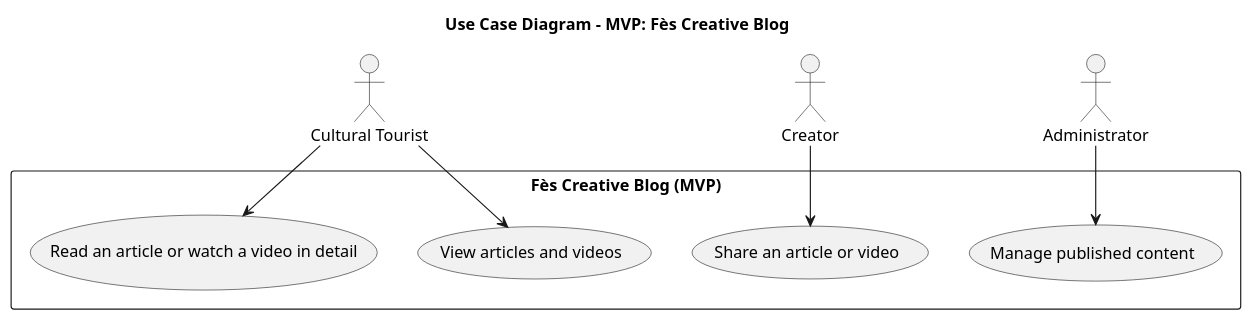
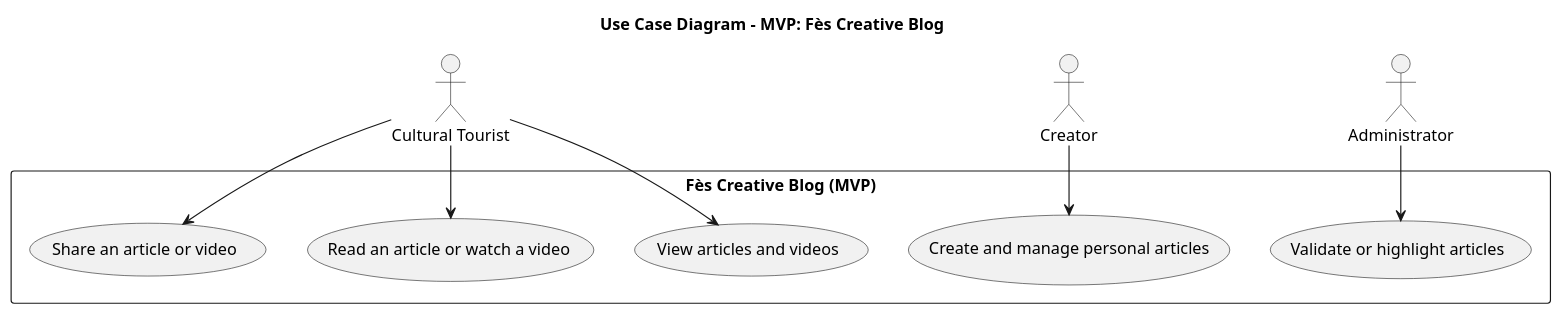
One commit to Med-Ouallou/Blog-Fes-Ancestrale-Moderne changed the diagram in maquettage/prompt.md. Above: the diagram before and after it, drawn with PlantUML. The commit also changed other lines of this file and 7 other files, not shown here.

````diff
--- a/maquettage/prompt.md
+++ b/maquettage/prompt.md
@@ -79,25 +85,27 @@
 ```plantuml
 @startuml
 title Use Case Diagram - MVP: Fès Creative Blog
 
 actor "Cultural Tourist" as Tourist
 actor "Creator" as Creator
 actor "Administrator" as Admin
 
 rectangle "Fès Creative Blog (MVP)" {
 
   (View articles and videos) as UC1
-  (Read an article or watch a video in detail) as UC2
-  (Share an article or video) as UC4
-  (Manage published content) as UC5
+  (Read an article or watch a video) as UC2
+  (Share an article or video) as UC3
+  (Create and manage personal articles) as UC4
+  (Validate or highlight articles) as UC5
 }
 
 Tourist --> UC1
 Tourist --> UC2
+Tourist --> UC3
 
 Creator --> UC4
 
 Admin --> UC5
 
 @enduml
 ```
````
